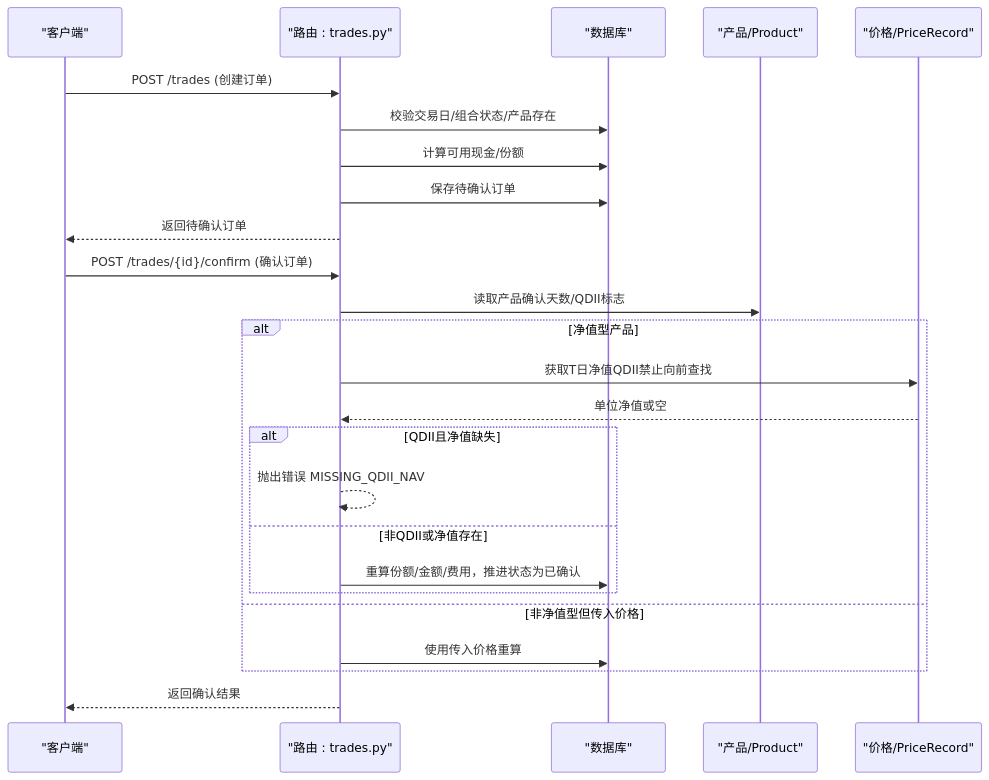
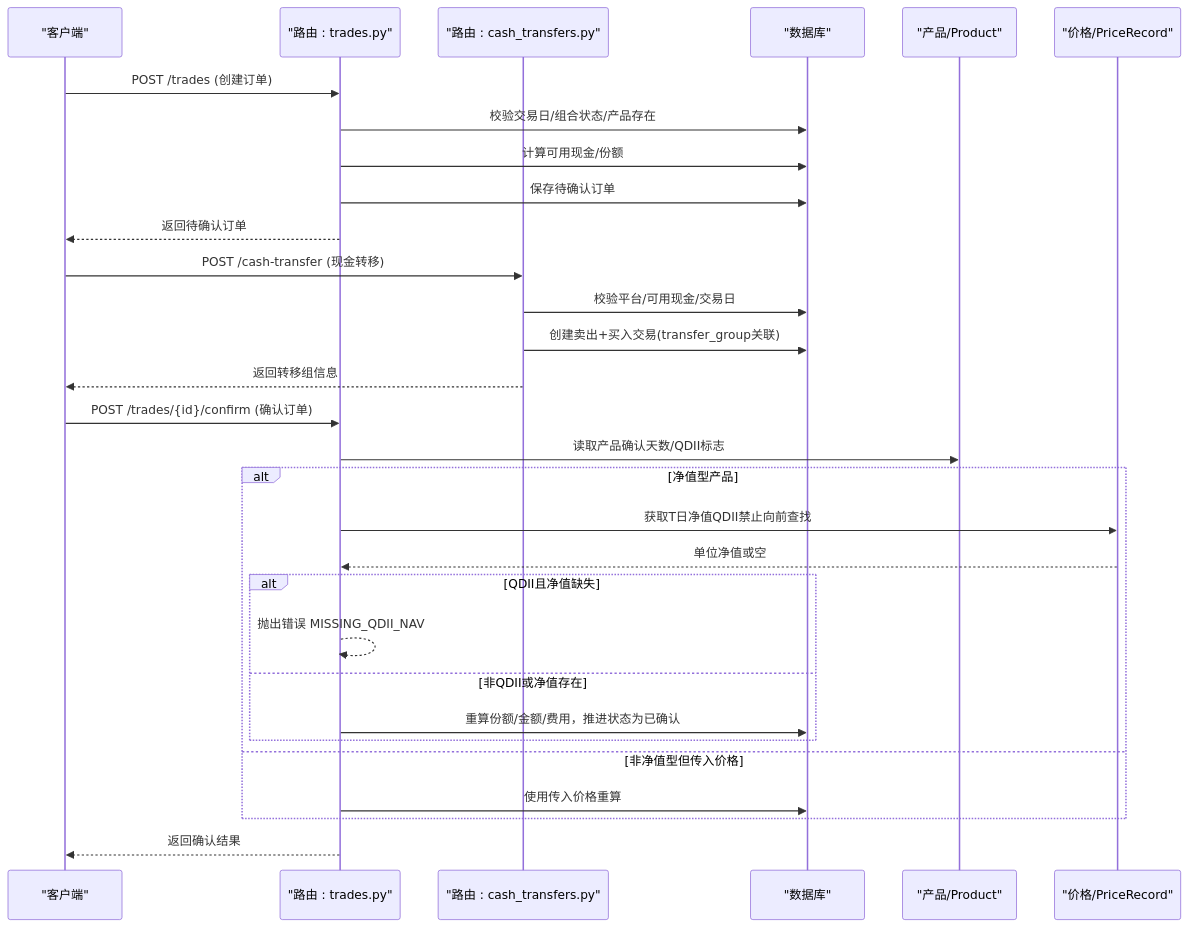
One commit to gujialind/InvestRing changed the second of 11 diagrams in .qoder/repowiki/zh/content/核心业务功能/交易处理.md. Above: the diagram before and after it, drawn with Mermaid. The commit also changed other lines of this file and 42 other files, not shown here.

````diff
--- a/.qoder/repowiki/zh/content/核心业务功能/交易处理.md
+++ b/.qoder/repowiki/zh/content/核心业务功能/交易处理.md
@@ -131,27 +152,32 @@
 ```mermaid
 sequenceDiagram
 participant C as "客户端"
 participant R as "路由 : trades.py"
+participant RC as "路由 : cash_transfers.py"
 participant DB as "数据库"
 participant P as "产品/Product"
 participant PR as "价格/PriceRecord"
 C->>R : POST /trades (创建订单)
 R->>DB : 校验交易日/组合状态/产品存在
 R->>DB : 计算可用现金/份额
 R->>DB : 保存待确认订单
 R-->>C : 返回待确认订单
+C->>RC : POST /cash-transfer (现金转移)
+RC->>DB : 校验平台/可用现金/交易日
+RC->>DB : 创建卖出+买入交易(transfer_group关联)
+RC-->>C : 返回转移组信息
 C->>R : POST /trades/{id}/confirm (确认订单)
 R->>P : 读取产品确认天数/QDII标志
 alt 净值型产品
 R->>PR : 获取T日净值QDII禁止向前查找
 PR-->>R : 单位净值或空
 alt QDII且净值缺失
 R-->>R : 抛出错误 MISSING_QDII_NAV
 else 非QDII或净值存在
 R->>DB : 重算份额/金额/费用，推进状态为已确认
 end
 else 非净值型但传入价格
 R->>DB : 使用传入价格重算
 end
 R-->>C : 返回确认结果
 ```
````
